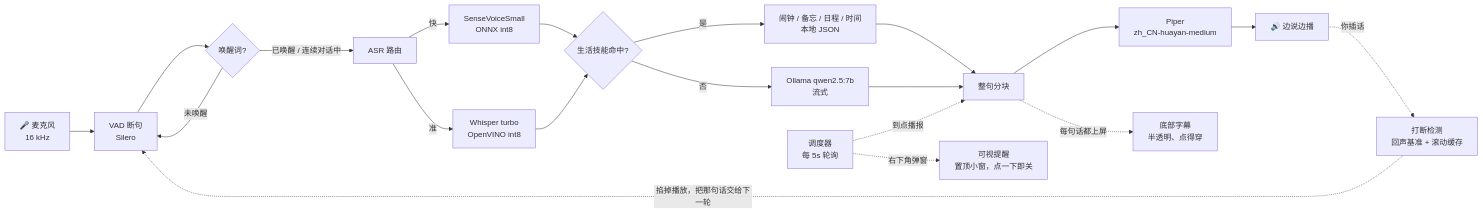
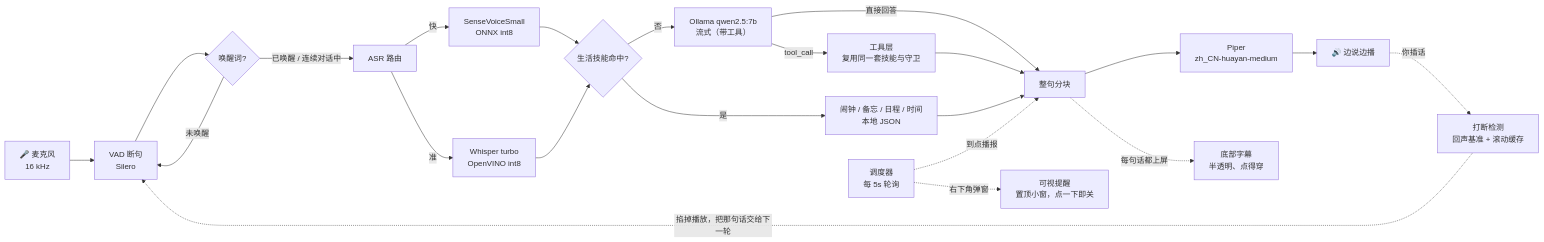
Before and after one commit to Azurwolf1024/local_assistant: the diagram in README.md, drawn with Mermaid. The commit also changed other lines of this file and 9 other files, not shown here.

````diff
--- a/README.md
+++ b/README.md
@@ -14,24 +14,26 @@
 ```mermaid
 flowchart LR
     A["🎤 麦克风<br/>16 kHz"] --> B["VAD 断句<br/>Silero"]
     B --> C{"唤醒词?"}
     C -->|未唤醒| B
     C -->|已唤醒 / 连续对话中| D["ASR 路由"]
     D -->|快| E["SenseVoiceSmall<br/>ONNX int8"]
     D -->|准| F["Whisper turbo<br/>OpenVINO int8"]
     E --> G{"生活技能命中?"}
     F --> G
     G -->|是| H["闹钟 / 备忘 / 日程 / 时间<br/>本地 JSON"]
-    G -->|否| I["Ollama qwen2.5:7b<br/>流式"]
-    H --> J["整句分块"]
-    I --> J
+    G -->|否| I["Ollama qwen2.5:7b<br/>流式（带工具）"]
+    I -->|直接回答| J["整句分块"]
+    I -->|tool_call| Q["工具层<br/>复用同一套技能与守卫"]
+    Q --> J
+    H --> J
     J --> K["Piper<br/>zh_CN-huayan-medium"]
     K --> L["🔊 边说边播"]
 
     M["调度器<br/>每 5s 轮询"] -. 到点播报 .-> J
     M -. 右下角弹窗 .-> N["可视提醒<br/>置顶小窗，点一下即关"]
 
     J -. 每句话都上屏 .-> O["底部字幕<br/>半透明、点得穿"]
     L -. 你插话 .-> P["打断检测<br/>回声基准 + 滚动缓存"]
     P -. 掐掉播放，把那句话交给下一轮 .-> B
 ```
````
